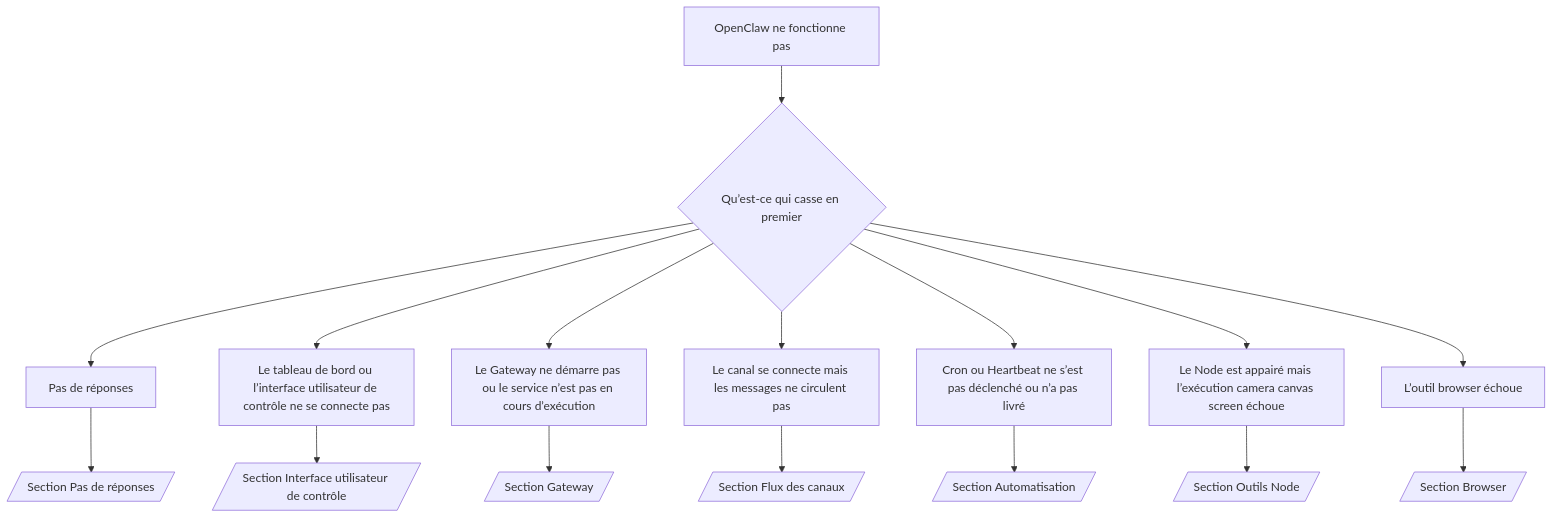
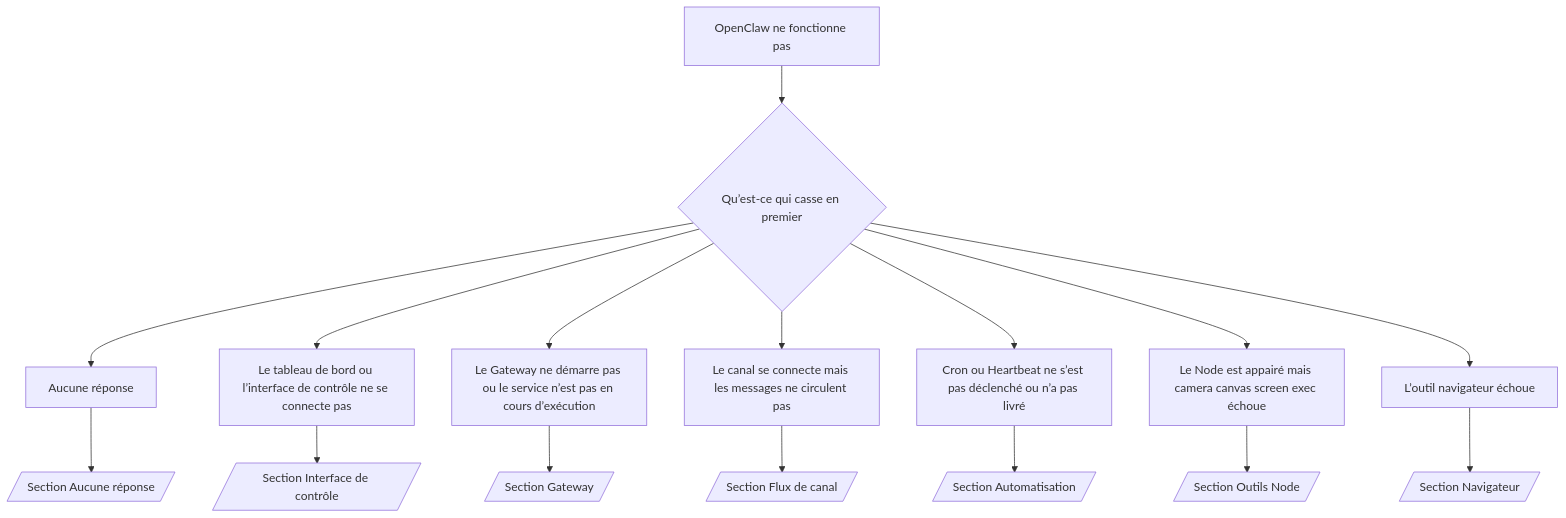
One commit to daichangya/openclaw-docs changed the diagram in docs/fr/help/troubleshooting.md. Above: the diagram before and after it, drawn with Mermaid. The commit also changed other lines of this file and 440 other files, not shown here.

````diff
--- a/docs/fr/help/troubleshooting.md
+++ b/docs/fr/help/troubleshooting.md
@@ -94,19 +92,19 @@
 ```mermaid
 flowchart TD
   A[OpenClaw ne fonctionne pas] --> B{Qu’est-ce qui casse en premier}
-  B --> C[Pas de réponses]
-  B --> D[Le tableau de bord ou l’interface utilisateur de contrôle ne se connecte pas]
+  B --> C[Aucune réponse]
+  B --> D[Le tableau de bord ou l’interface de contrôle ne se connecte pas]
   B --> E[Le Gateway ne démarre pas ou le service n’est pas en cours d’exécution]
   B --> F[Le canal se connecte mais les messages ne circulent pas]
   B --> G[Cron ou Heartbeat ne s’est pas déclenché ou n’a pas livré]
-  B --> H[Le Node est appairé mais l’exécution camera canvas screen échoue]
-  B --> I[L’outil browser échoue]
+  B --> H[Le Node est appairé mais camera canvas screen exec échoue]
+  B --> I[L’outil navigateur échoue]
 
-  C --> C1[/Section Pas de réponses/]
-  D --> D1[/Section Interface utilisateur de contrôle/]
+  C --> C1[/Section Aucune réponse/]
+  D --> D1[/Section Interface de contrôle/]
   E --> E1[/Section Gateway/]
-  F --> F1[/Section Flux des canaux/]
+  F --> F1[/Section Flux de canal/]
   G --> G1[/Section Automatisation/]
   H --> H1[/Section Outils Node/]
-  I --> I1[/Section Browser/]
+  I --> I1[/Section Navigateur/]
 ```
````
